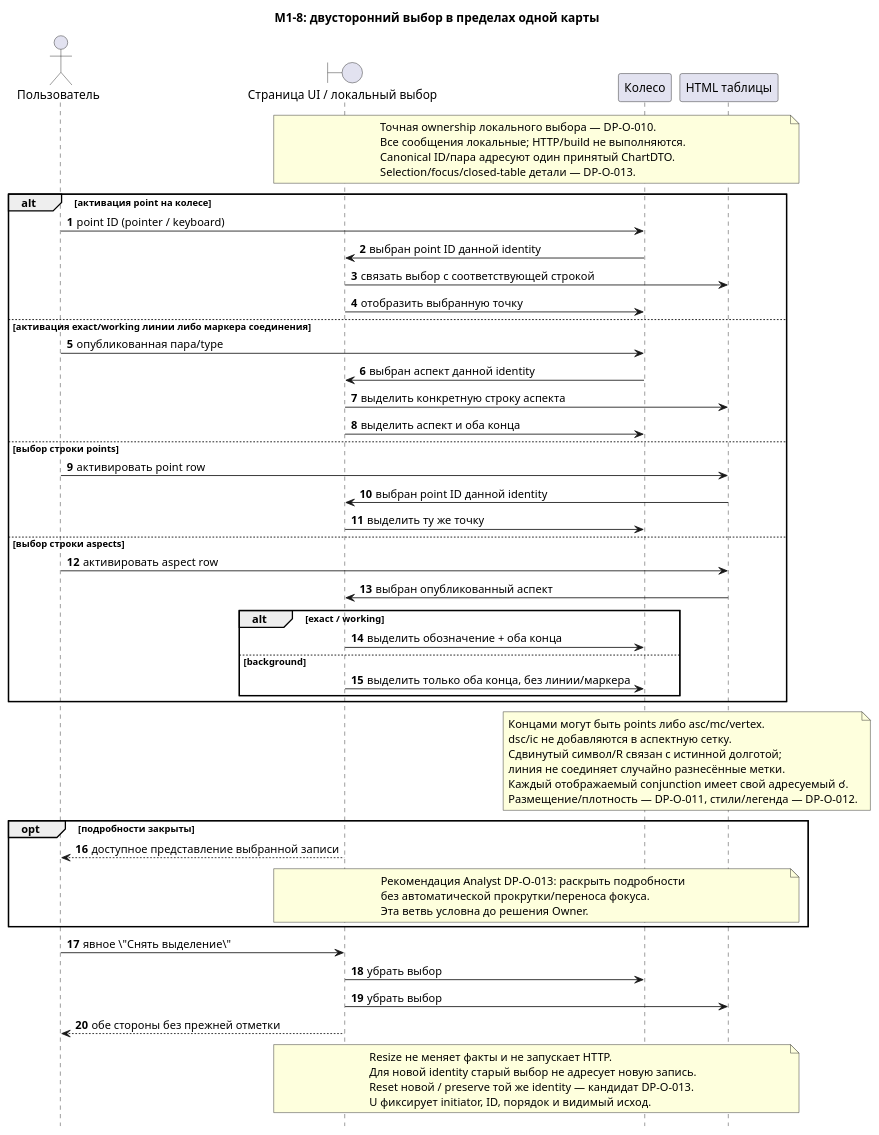
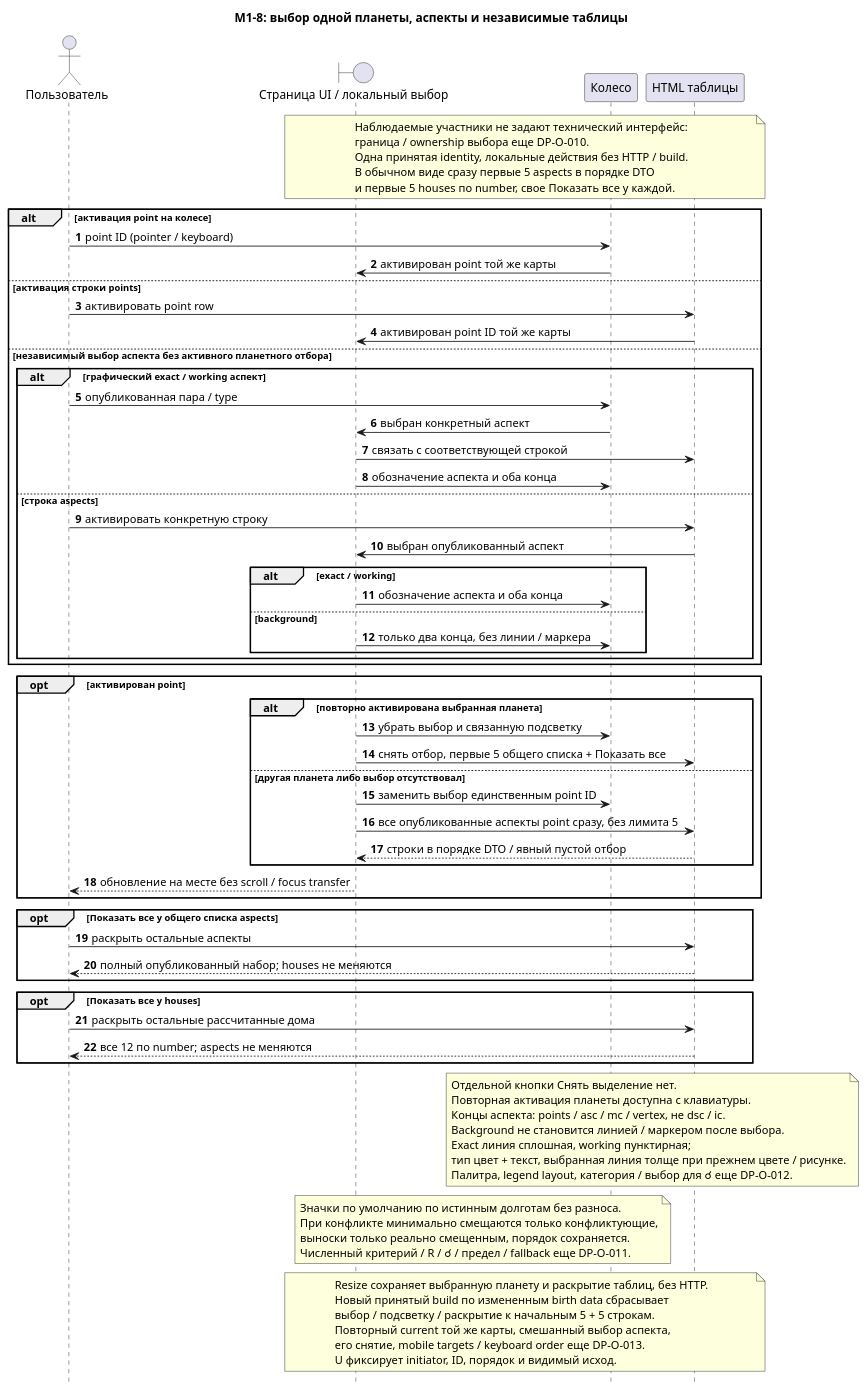
The diagram in docs/project_management/change_plans/ui-chart-wheel/analyst/sequence_diagrams/ui/002-wheel-table-selection.puml (ksenia-baranova/exact-orb-demo), drawn with PlantUML before and after one commit. The commit also changed 9 other files, not shown here.

```diff
--- a/docs/project_management/change_plans/ui-chart-wheel/analyst/sequence_diagrams/ui/002-wheel-table-selection.puml
+++ b/docs/project_management/change_plans/ui-chart-wheel/analyst/sequence_diagrams/ui/002-wheel-table-selection.puml
@@ -1,69 +1,85 @@
 @startuml
-' Owner: Functional Analyst. TASK-A-001; package v1.
-' InputSHA 5188b523089acc8081585e869c482ee0d343cfba
-' REQ-WHEEL-04/05/06/07/08/09/10; REQ-UI-04/06/10
-' AS-WHEEL-04/07/08/09/10/11/12/13/16/23
+' Owner: Functional Analyst. TASK-A-001; package v2, 2026-10-15.
+' Update InputSHA 2b846077b317e33dd892565419942c4db8517b1e; v1 at 683bdd0
+' REQ-WHEEL-04/05/06/07/08/09/10; REQ-UI-03/04/05/06/10
+' AS-WHEEL-04/07/08/09/10/11/12/13/14/16/23/26/27
 ' Clean target: docs/sequence_diagrams/ui/002-wheel-table-selection.puml
-title M1-8: двусторонний выбор в пределах одной карты
+title M1-8: выбор одной планеты, аспекты и независимые таблицы
 autonumber
 hide footbox
 actor "Пользователь" as User
 boundary "Страница UI / локальный выбор" as Page
 participant "Колесо" as Wheel
 participant "HTML таблицы" as Facts
 note over Page, Facts
-Точная ownership локального выбора — DP-O-010.
-Все сообщения локальные; HTTP/build не выполняются.
-Canonical ID/пара адресуют один принятый ChartDTO.
-Selection/focus/closed-table детали — DP-O-013.
+Наблюдаемые участники не задают технический интерфейс:
+граница / ownership выбора еще DP-O-010.
+Одна принятая identity, локальные действия без HTTP / build.
+В обычном виде сразу первые 5 aspects в порядке DTO
+и первые 5 houses по number, свое Показать все у каждой.
 end note
 alt активация point на колесе
   User -> Wheel : point ID (pointer / keyboard)
-  Wheel -> Page : выбран point ID данной identity
-  Page -> Facts : связать выбор с соответствующей строкой
-  Page -> Wheel : отобразить выбранную точку
-else активация exact/working линии либо маркера соединения
-  User -> Wheel : опубликованная пара/type
-  Wheel -> Page : выбран аспект данной identity
-  Page -> Facts : выделить конкретную строку аспекта
-  Page -> Wheel : выделить аспект и оба конца
-else выбор строки points
+  Wheel -> Page : активирован point той же карты
+else активация строки points
   User -> Facts : активировать point row
-  Facts -> Page : выбран point ID данной identity
-  Page -> Wheel : выделить ту же точку
-else выбор строки aspects
-  User -> Facts : активировать aspect row
-  Facts -> Page : выбран опубликованный аспект
-  alt exact / working
-    Page -> Wheel : выделить обозначение + оба конца
-  else background
-    Page -> Wheel : выделить только оба конца, без линии/маркера
+  Facts -> Page : активирован point ID той же карты
+else независимый выбор аспекта без активного планетного отбора
+  alt графический exact / working аспект
+    User -> Wheel : опубликованная пара / type
+    Wheel -> Page : выбран конкретный аспект
+    Page -> Facts : связать с соответствующей строкой
+    Page -> Wheel : обозначение аспекта и оба конца
+  else строка aspects
+    User -> Facts : активировать конкретную строку
+    Facts -> Page : выбран опубликованный аспект
+    alt exact / working
+      Page -> Wheel : обозначение аспекта и оба конца
+    else background
+      Page -> Wheel : только два конца, без линии / маркера
+    end
   end
 end
+opt активирован point
+  alt повторно активирована выбранная планета
+    Page -> Wheel : убрать выбор и связанную подсветку
+    Page -> Facts : снять отбор, первые 5 общего списка + Показать все
+  else другая планета либо выбор отсутствовал
+    Page -> Wheel : заменить выбор единственным point ID
+    Page -> Facts : все опубликованные аспекты point сразу, без лимита 5
+    Facts --> Page : строки в порядке DTO / явный пустой отбор
+  end
+  Page --> User : обновление на месте без scroll / focus transfer
+end
+opt Показать все у общего списка aspects
+  User -> Facts : раскрыть остальные аспекты
+  Facts --> User : полный опубликованный набор; houses не меняются
+end
+opt Показать все у houses
+  User -> Facts : раскрыть остальные рассчитанные дома
+  Facts --> User : все 12 по number; aspects не меняются
+end
 note over Wheel, Facts
-Концами могут быть points либо asc/mc/vertex.
-dsc/ic не добавляются в аспектную сетку.
-Сдвинутый символ/R связан с истинной долготой;
-линия не соединяет случайно разнесённые метки.
-Каждый отображаемый conjunction имеет свой адресуемый ☌.
-Размещение/плотность — DP-O-011, стили/легенда — DP-O-012.
+Отдельной кнопки Снять выделение нет.
+Повторная активация планеты доступна с клавиатуры.
+Концы аспекта: points / asc / mc / vertex, не dsc / ic.
+Background не становится линией / маркером после выбора.
+Exact линия сплошная, working пунктирная;
+тип цвет + текст, выбранная линия толще при прежнем цвете / рисунке.
+Палитра, legend layout, категория / выбор для ☌ еще DP-O-012.
 end note
-opt подробности закрыты
-  Page --> User : доступное представление выбранной записи
-  note over Page, Facts
-  Рекомендация Analyst DP-O-013: раскрыть подробности
-  без автоматической прокрутки/переноса фокуса.
-  Эта ветвь условна до решения Owner.
-  end note
-end
-User -> Page : явное \"Снять выделение\"
-Page -> Wheel : убрать выбор
-Page -> Facts : убрать выбор
-Page --> User : обе стороны без прежней отметки
+note over Page, Wheel
+Значки по умолчанию по истинным долготам без разноса.
+При конфликте минимально смещаются только конфликтующие,
+выноски только реально смещенным, порядок сохраняется.
+Численный критерий / R / ☌ / предел / fallback еще DP-O-011.
+end note
 note over Page, Facts
-Resize не меняет факты и не запускает HTTP.
-Для новой identity старый выбор не адресует новую запись.
-Reset новой / preserve той же identity — кандидат DP-O-013.
+Resize сохраняет выбранную планету и раскрытие таблиц, без HTTP.
+Новый принятый build по измененным birth data сбрасывает
+выбор / подсветку / раскрытие к начальным 5 + 5 строкам.
+Повторный current той же карты, смешанный выбор аспекта,
+его снятие, mobile targets / keyboard order еще DP-O-013.
 U фиксирует initiator, ID, порядок и видимый исход.
 end note
 @enduml
```
